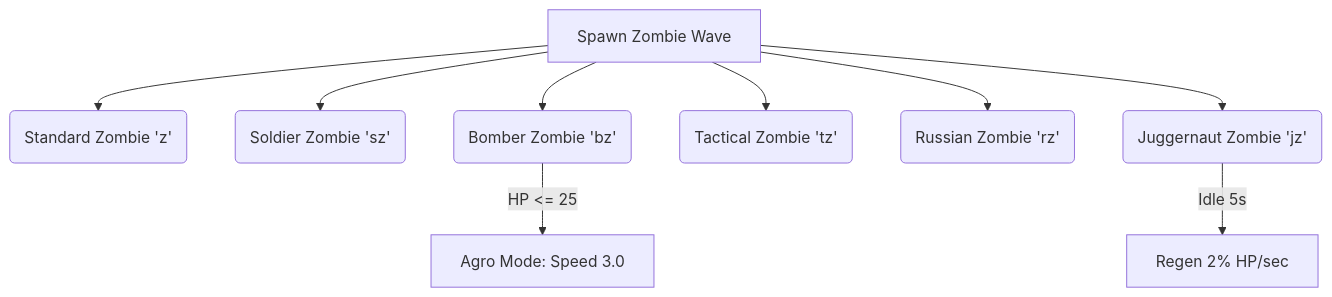
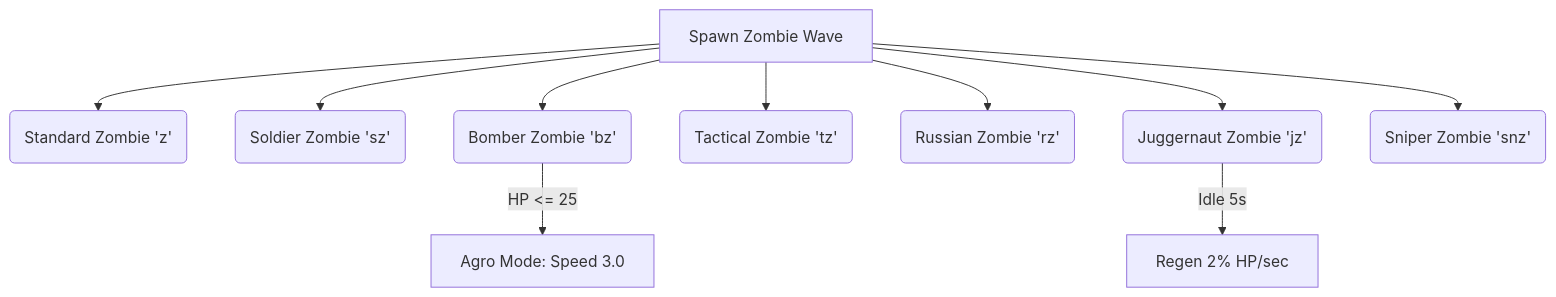
The diagram in README.md (whenisayhiusayhi/warzone), drawn with Mermaid before and after one commit. The commit also changed other lines of this file, not shown here.

````diff
--- a/README.md
+++ b/README.md
@@ -69,12 +70,13 @@
 ```mermaid
 graph TD
     A[Spawn Zombie Wave] --> B(Standard Zombie 'z')
     A --> C(Soldier Zombie 'sz')
     A --> D(Bomber Zombie 'bz')
     A --> E(Tactical Zombie 'tz')
     A --> F(Russian Zombie 'rz')
     A --> G(Juggernaut Zombie 'jz')
+    A --> J(Sniper Zombie 'snz')
     
     D -->|HP <= 25| H[Agro Mode: Speed 3.0]
     G -->|Idle 5s| I[Regen 2% HP/sec]
 ```
````
